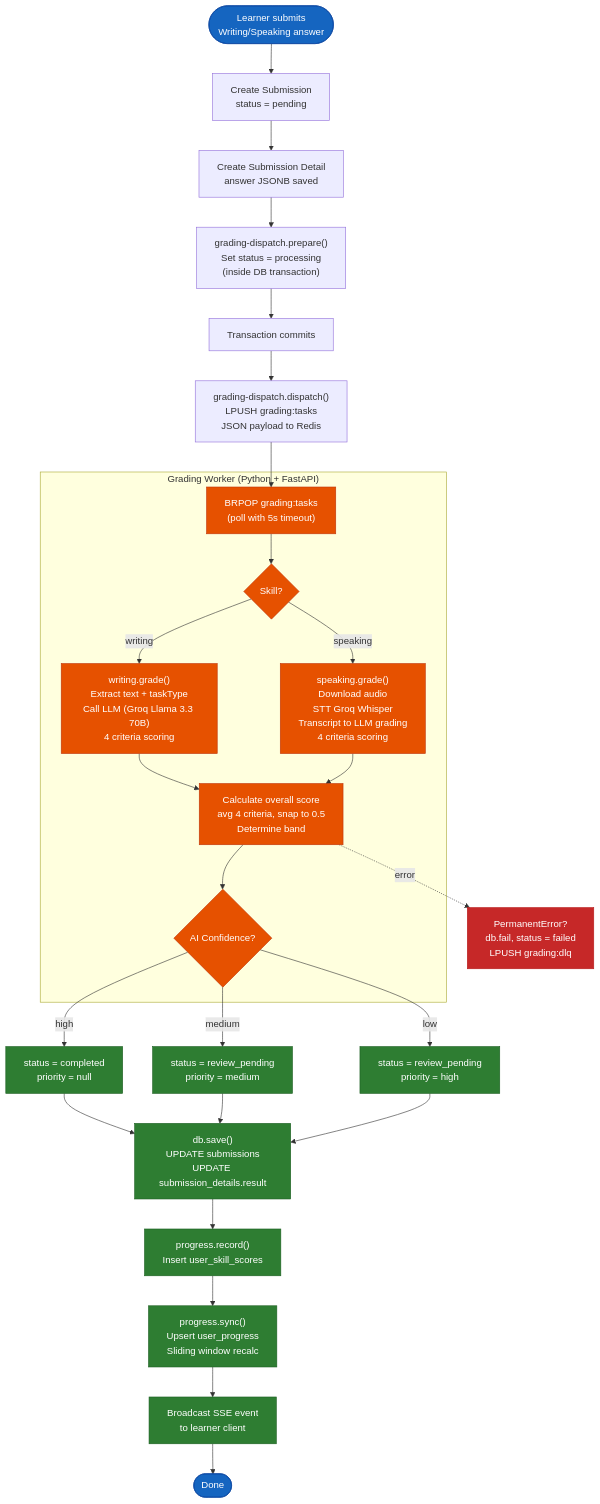
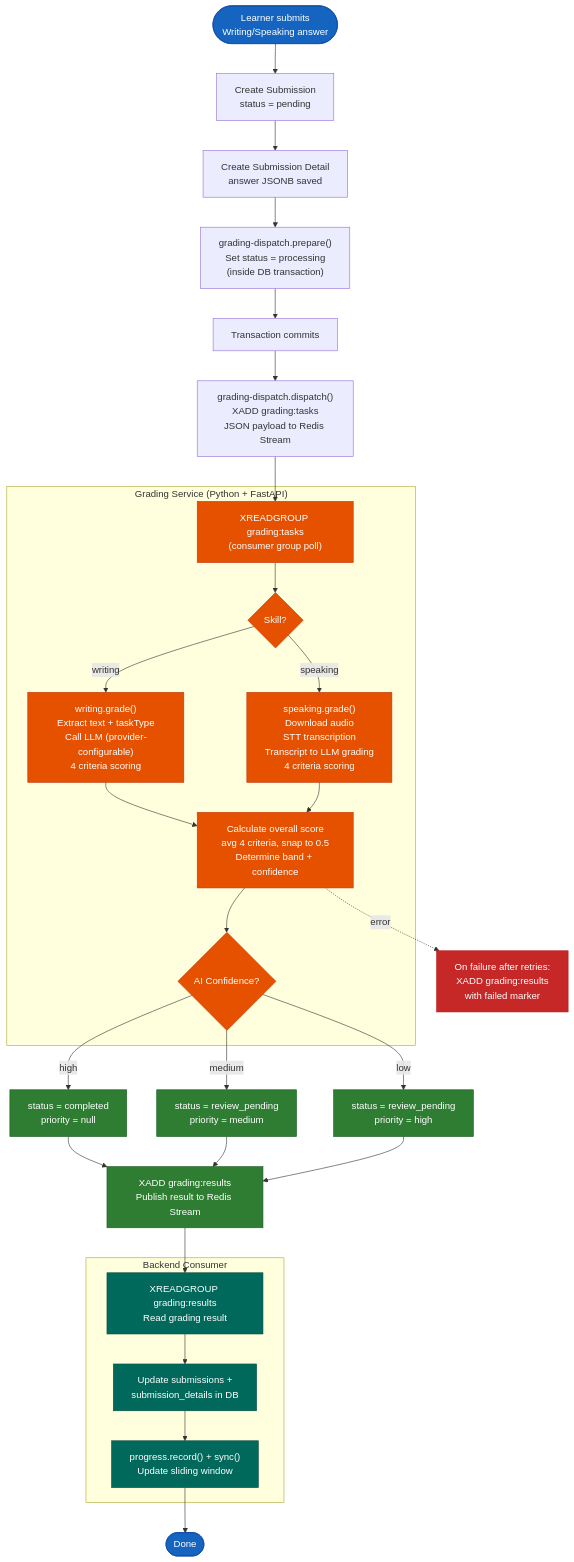
Diagram 11 of 16 in docs/capstone/reports/ENG/report3-software-requirement-specification.md (nghyane/VSTEP), drawn with Mermaid before and after one commit. The commit also changed other lines of this file and 1 other file, not shown here.

Commit message:
docs: align report 3 with current architecture

````diff
--- a/docs/capstone/reports/ENG/report3-software-requirement-specification.md
+++ b/docs/capstone/reports/ENG/report3-software-requirement-specification.md
@@ -1351,58 +1330,64 @@
 ```mermaid
 flowchart TB
     Start(["Learner submits<br/>Writing/Speaking answer"])
 
     CreateSub["Create Submission<br/>status = pending"]
     CreateDetail["Create Submission Detail<br/>answer JSONB saved"]
     Prepare["grading-dispatch.prepare()<br/>Set status = processing<br/>(inside DB transaction)"]
     Commit["Transaction commits"]
-    Dispatch["grading-dispatch.dispatch()<br/>LPUSH grading:tasks<br/>JSON payload to Redis"]
+    Dispatch["grading-dispatch.dispatch()<br/>XADD grading:tasks<br/>JSON payload to Redis Stream"]
 
-    subgraph GradingWorker ["Grading Worker (Python + FastAPI)"]
-        Dequeue["BRPOP grading:tasks<br/>(poll with 5s timeout)"]
+    subgraph GradingWorker ["Grading Service (Python + FastAPI)"]
+        Dequeue["XREADGROUP grading:tasks<br/>(consumer group poll)"]
         Route{"Skill?"}
-        Writing["writing.grade()<br/>Extract text + taskType<br/>Call LLM (Groq Llama 3.3 70B)<br/>4 criteria scoring"]
-        Speaking["speaking.grade()<br/>Download audio<br/>STT Groq Whisper<br/>Transcript to LLM grading<br/>4 criteria scoring"]
-        CalcScore["Calculate overall score<br/>avg 4 criteria, snap to 0.5<br/>Determine band"]
+        Writing["writing.grade()<br/>Extract text + taskType<br/>Call LLM (provider-configurable)<br/>4 criteria scoring"]
+        Speaking["speaking.grade()<br/>Download audio<br/>STT transcription<br/>Transcript to LLM grading<br/>4 criteria scoring"]
+        CalcScore["Calculate overall score<br/>avg 4 criteria, snap to 0.5<br/>Determine band + confidence"]
         Confidence{"AI Confidence?"}
     end
 
     HighConf["status = completed<br/>priority = null"]
     MedConf["status = review_pending<br/>priority = medium"]
     LowConf["status = review_pending<br/>priority = high"]
 
-    SaveResult["db.save()<br/>UPDATE submissions<br/>UPDATE submission_details.result"]
-    RecordProgress["progress.record()<br/>Insert user_skill_scores"]
-    SyncProgress["progress.sync()<br/>Upsert user_progress<br/>Sliding window recalc"]
-    SSE["Broadcast SSE event<br/>to learner client"]
+    PublishResult["XADD grading:results<br/>Publish result to Redis Stream"]
+
+    subgraph BackendConsumer ["Backend Consumer"]
+        ReadResult["XREADGROUP grading:results<br/>Read grading result"]
+        UpdateDB["Update submissions +<br/>submission_details in DB"]
+        RecordProgress["progress.record() + sync()<br/>Update sliding window"]
+    end
+
     End(["Done"])
 
-    ErrorPath["PermanentError?<br/>db.fail, status = failed<br/>LPUSH grading:dlq"]
+    ErrorPath["On failure after retries:<br/>XADD grading:results<br/>with failed marker"]
 
     Start --> CreateSub --> CreateDetail --> Prepare --> Commit --> Dispatch
     Dispatch --> Dequeue --> Route
     Route -->|"writing"| Writing
     Route -->|"speaking"| Speaking
     Writing --> CalcScore
     Speaking --> CalcScore
     CalcScore --> Confidence
     Confidence -->|"high"| HighConf
     Confidence -->|"medium"| MedConf
     Confidence -->|"low"| LowConf
-    HighConf --> SaveResult
-    MedConf --> SaveResult
-    LowConf --> SaveResult
-    SaveResult --> RecordProgress --> SyncProgress --> SSE --> End
+    HighConf --> PublishResult
+    MedConf --> PublishResult
+    LowConf --> PublishResult
+    PublishResult --> ReadResult --> UpdateDB --> RecordProgress --> End
 
     CalcScore -.->|"error"| ErrorPath
 
     classDef start fill:#1565c0,stroke:#0d47a1,color:#fff
     classDef worker fill:#e65100,stroke:#bf360c,color:#fff
     classDef result fill:#2e7d32,stroke:#1b5e20,color:#fff
     classDef error fill:#c62828,stroke:#b71c1c,color:#fff
+    classDef consumer fill:#00695c,stroke:#004d40,color:#fff
 
     class Start,End start
     class Dequeue,Route,Writing,Speaking,CalcScore,Confidence worker
-    class HighConf,MedConf,LowConf,SaveResult,RecordProgress,SyncProgress,SSE result
+    class HighConf,MedConf,LowConf,PublishResult result
+    class ReadResult,UpdateDB,RecordProgress consumer
     class ErrorPath error
 ```
````
